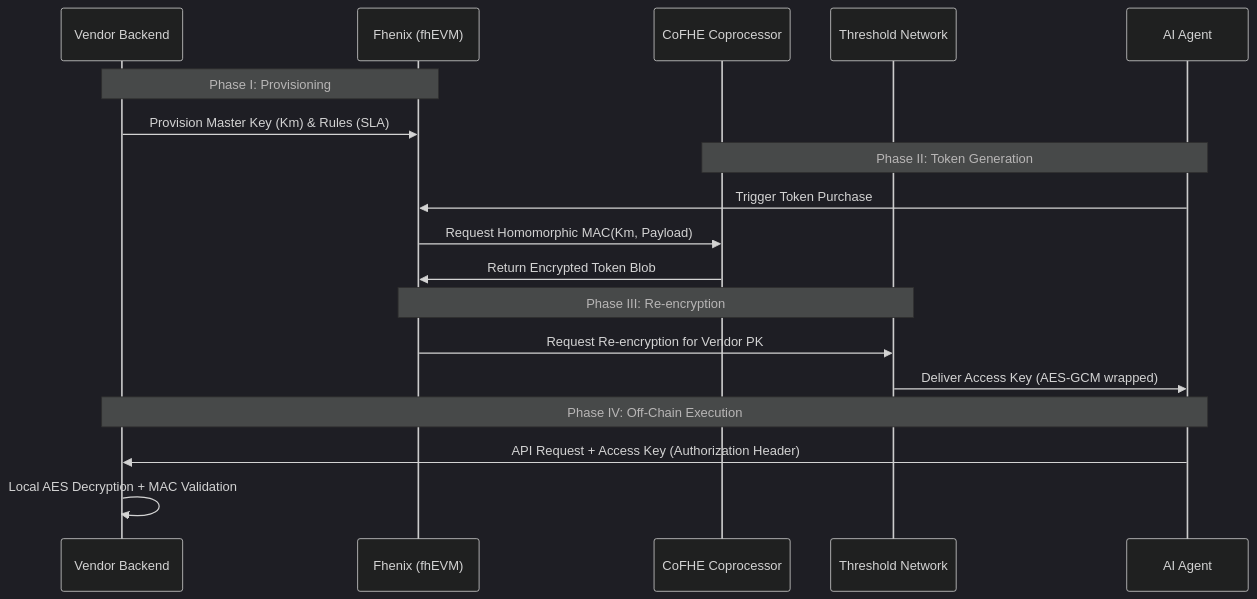
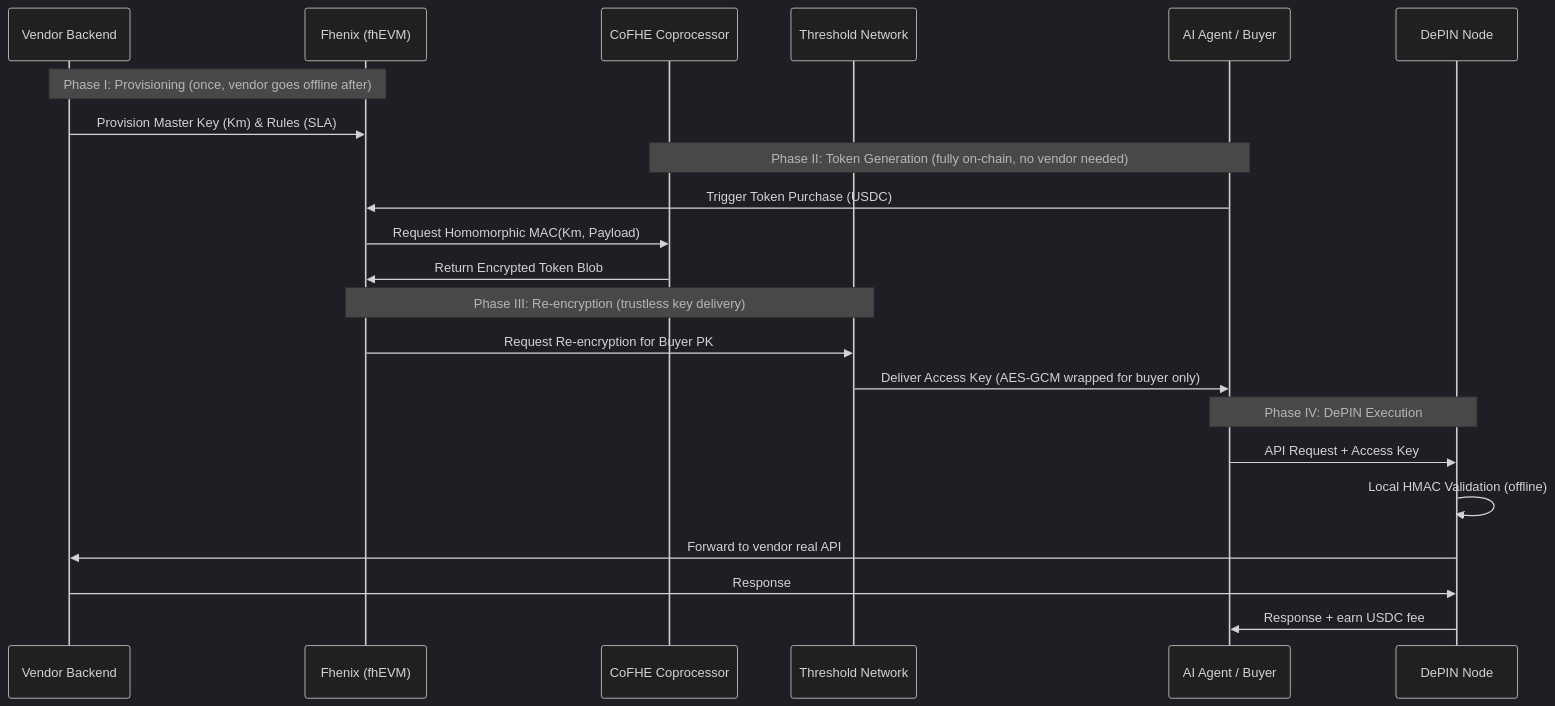
One commit to imajus/fhe402 changed the diagram in docs/Specification.md. Above: the diagram before and after it, drawn with Mermaid (dark theme). The commit also changed other lines of this file and 2 other files, not shown here.

````diff
--- a/docs/Specification.md
+++ b/docs/Specification.md
@@ -31,24 +113,28 @@
 ```mermaid
 sequenceDiagram
     participant V as Vendor Backend
     participant BC as Fhenix (fhEVM)
     participant CP as CoFHE Coprocessor
     participant TSN as Threshold Network
-    participant A as AI Agent
+    participant A as AI Agent / Buyer
+    participant D as DePIN Node
 
-    Note over V, BC: Phase I: Provisioning
+    Note over V, BC: Phase I: Provisioning (once, vendor goes offline after)
     V->>BC: Provision Master Key (Km) & Rules (SLA)
     
-    Note over A, CP: Phase II: Token Generation
-    A->>BC: Trigger Token Purchase
+    Note over A, CP: Phase II: Token Generation (fully on-chain, no vendor needed)
+    A->>BC: Trigger Token Purchase (USDC)
     BC->>CP: Request Homomorphic MAC(Km, Payload)
     CP->>BC: Return Encrypted Token Blob
     
-    Note over BC, TSN: Phase III: Re-encryption
-    BC->>TSN: Request Re-encryption for Vendor PK
-    TSN->>A: Deliver Access Key (AES-GCM wrapped)
+    Note over BC, TSN: Phase III: Re-encryption (trustless key delivery)
+    BC->>TSN: Request Re-encryption for Buyer PK
+    TSN->>A: Deliver Access Key (AES-GCM wrapped for buyer only)
     
-    Note over A, V: Phase IV: Off-Chain Execution
-    A->>V: API Request + Access Key (Authorization Header)
-    V->>V: Local AES Decryption + MAC Validation
+    Note over A, D: Phase IV: DePIN Execution
+    A->>D: API Request + Access Key
+    D->>D: Local HMAC Validation (offline)
+    D->>V: Forward to vendor real API
+    V->>D: Response
+    D->>A: Response + earn USDC fee
 ```
````
